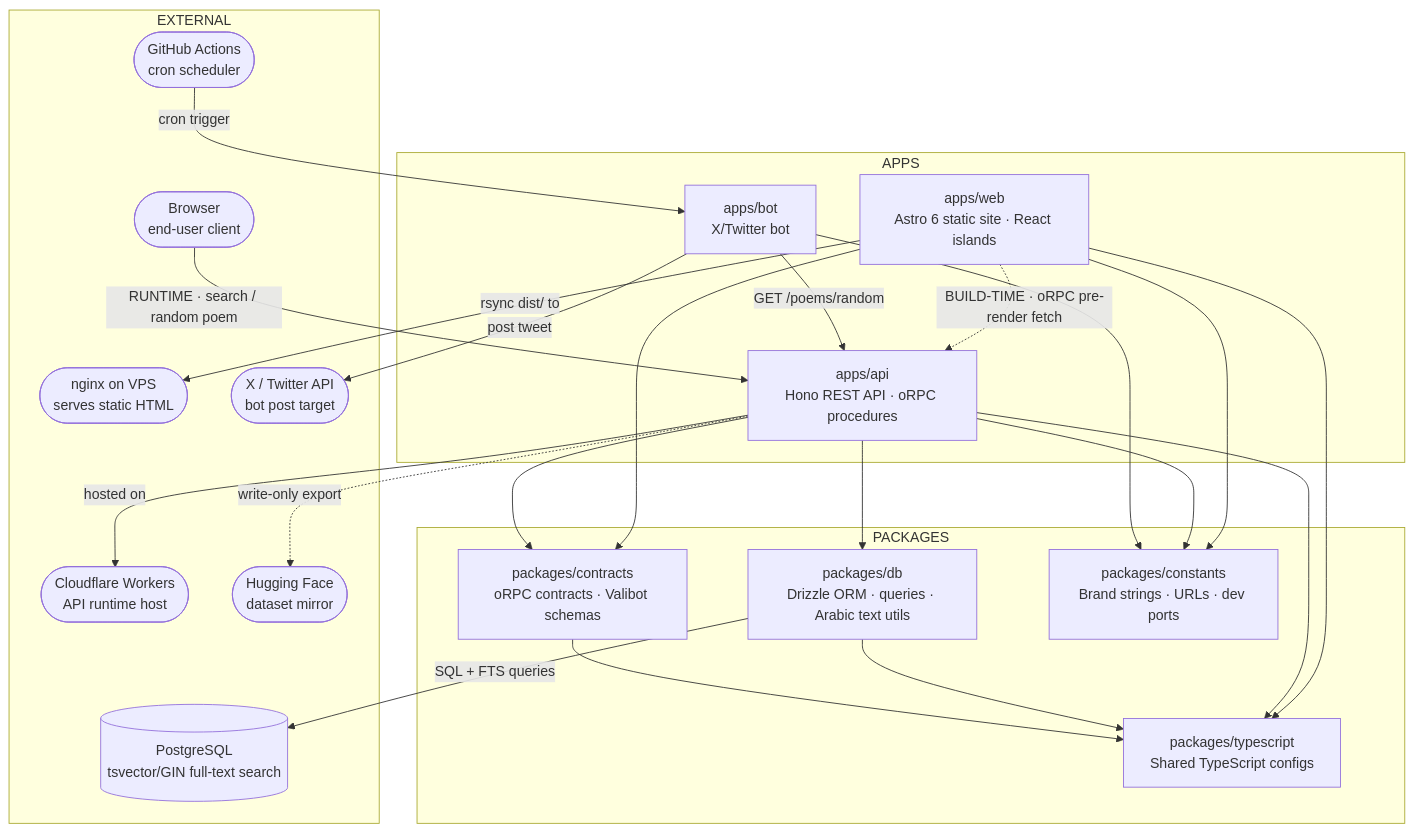
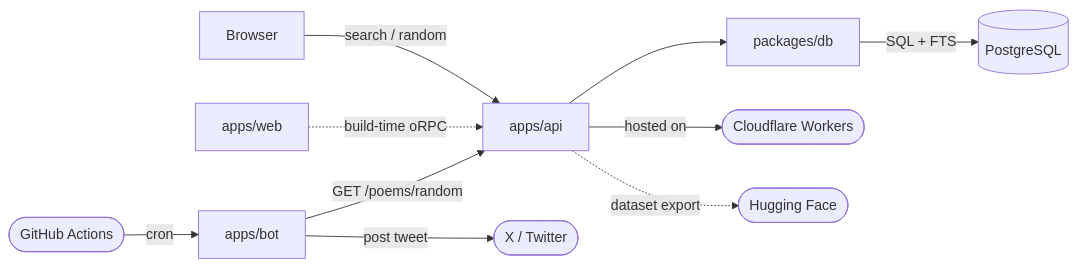
Before and after one commit to Klomgor/qafiyah: the second of 2 diagrams in README.md, drawn with Mermaid. The commit also changed other lines of this file, not shown here.

Commit message:
docs(README): update project architecture description to include details on apps and shared packages; enhance mermaid diagrams for clarity on package dependencies and runtime data flow

````diff
--- a/README.md
+++ b/README.md
@@ -140,56 +160,12 @@
 ```mermaid
-graph TD
-    subgraph APPS
-        WEB["apps/web\nAstro 6 static site · React islands"]
-        API["apps/api\nHono REST API · oRPC procedures"]
-        BOT["apps/bot\nX/Twitter bot"]
-    end
-
-    subgraph PACKAGES
-        DB["packages/db\nDrizzle ORM · queries · Arabic text utils"]
-        CONTRACTS["packages/contracts\noRPC contracts · Valibot schemas"]
-        CONSTANTS["packages/constants\nBrand strings · URLs · dev ports"]
-        TS["packages/typescript\nShared TypeScript configs"]
-    end
-
-    subgraph EXTERNAL
-        PG[("PostgreSQL\ntsvector/GIN full-text search")]
-        CF(["Cloudflare Workers\nAPI runtime host"])
-        NGINX(["nginx on VPS\nserves static HTML"])
-        GHA(["GitHub Actions\ncron scheduler"])
-        TWITTER(["X / Twitter API\nbot post target"])
-        HF(["Hugging Face\ndataset mirror"])
-        BROWSER(["Browser\nend-user client"])
-    end
-
-    %% ── Internal imports (package dependency edges) ──
-    WEB --> CONTRACTS
-    WEB --> CONSTANTS
-    WEB --> TS
-    API --> DB
-    API --> CONTRACTS
-    API --> CONSTANTS
-    API --> TS
-    BOT --> CONSTANTS
-    DB --> TS
-    CONTRACTS --> TS
-
-    %% ── BUILD-TIME data flow (dashed) ──
-    WEB -.->|"BUILD-TIME · oRPC pre-render fetch"| API
-
-    %% ── RUNTIME data flows ──
-    BROWSER -->|"RUNTIME · search / random poem"| API
-    DB -->|"SQL + FTS queries"| PG
-
-    %% ── Hosting / deployment ──
-    API -->|"hosted on"| CF
-    WEB -->|"rsync dist/ to"| NGINX
-
-    %% ── Bot trigger chain ──
-    GHA -->|"cron trigger"| BOT
-    BOT -->|"GET /poems/random"| API
-    BOT -->|"post tweet"| TWITTER
-
-    %% ── Dataset mirror (write-only, dashed) ──
-    API -.->|"write-only export"| HF
+graph LR
+  BROWSER["Browser"] -->|"search / random"| API["apps/api"]
+  WEB["apps/web"] -.->|"build-time oRPC"| API
+  API --> DB["packages/db"]
+  DB -->|"SQL + FTS"| PG[("PostgreSQL")]
+  API -->|"hosted on"| CF(["Cloudflare Workers"])
+  GHA(["GitHub Actions"]) -->|"cron"| BOT["apps/bot"]
+  BOT -->|"GET /poems/random"| API
+  BOT -->|"post tweet"| TW(["X / Twitter"])
+  API -.->|"dataset export"| HF(["Hugging Face"])
 ```
````
